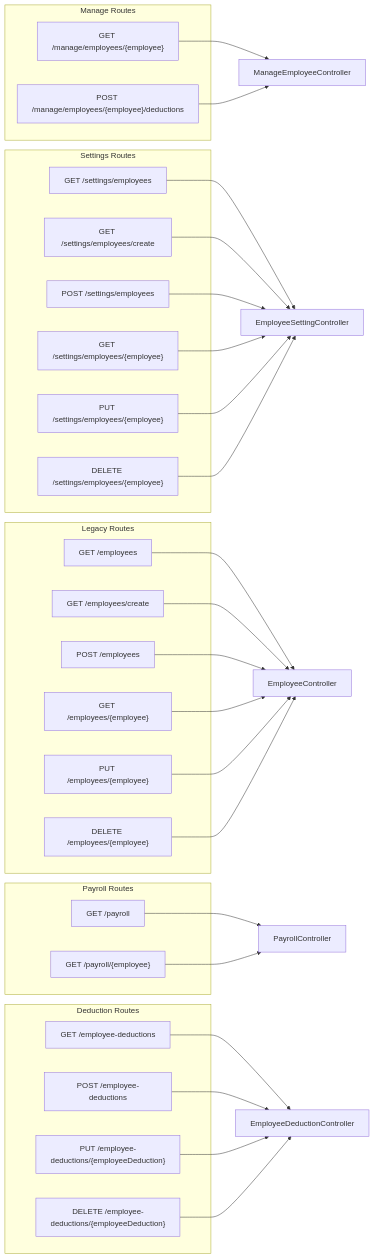
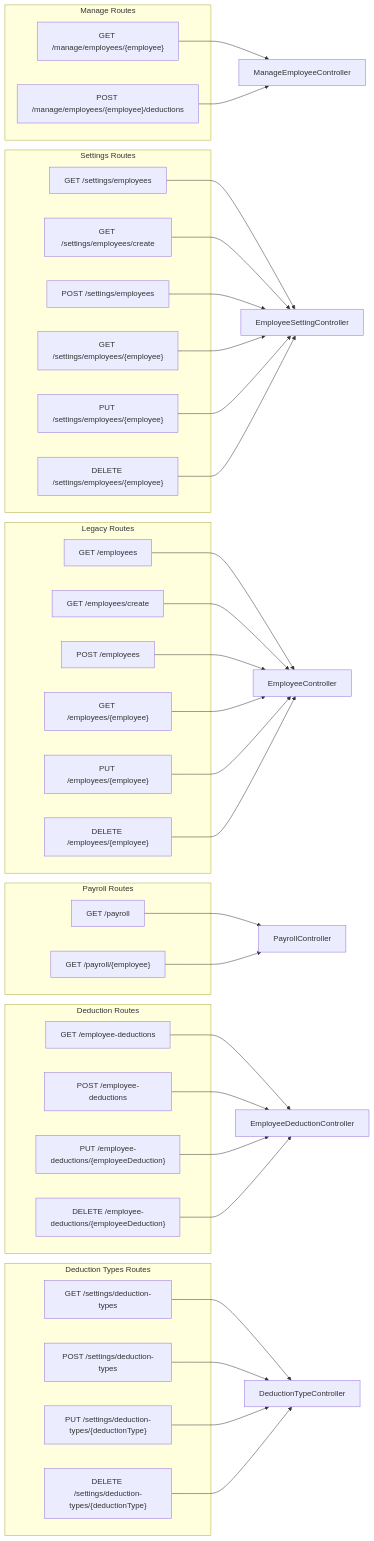
Before and after one commit to vincet0t15/template: the fifth of 8 diagrams in .qoder/repowiki/en/content/Employee Management/Employee Management.md, drawn with Mermaid. The commit also changed other lines of this file and 13 other files, not shown here.

````diff
--- a/.qoder/repowiki/en/content/Employee Management/Employee Management.md
+++ b/.qoder/repowiki/en/content/Employee Management/Employee Management.md
@@ -377,53 +385,63 @@
 ```mermaid
 graph LR
 subgraph "Manage Routes"
 M_Index["GET /manage/employees/{employee}"]
 M_Deductions["POST /manage/employees/{employee}/deductions"]
 end
 subgraph "Settings Routes"
 S_Index["GET /settings/employees"]
 S_Create["GET /settings/employees/create"]
 S_Store["POST /settings/employees"]
 S_Show["GET /settings/employees/{employee}"]
 S_Update["PUT /settings/employees/{employee}"]
 S_Destroy["DELETE /settings/employees/{employee}"]
 end
 subgraph "Legacy Routes"
 L_Index["GET /employees"]
 L_Create["GET /employees/create"]
 L_Store["POST /employees"]
 L_Show["GET /employees/{employee}"]
 L_Update["PUT /employees/{employee}"]
 L_Destroy["DELETE /employees/{employee}"]
 end
 subgraph "Payroll Routes"
 P_Index["GET /payroll"]
 P_Show["GET /payroll/{employee}"]
 end
 subgraph "Deduction Routes"
 D_Index["GET /employee-deductions"]
 D_Store["POST /employee-deductions"]
 D_Update["PUT /employee-deductions/{employeeDeduction}"]
 D_Destroy["DELETE /employee-deductions/{employeeDeduction}"]
 end
+subgraph "Deduction Types Routes"
+DT_Index["GET /settings/deduction-types"]
+DT_Store["POST /settings/deduction-types"]
+DT_Update["PUT /settings/deduction-types/{deductionType}"]
+DT_Destroy["DELETE /settings/deduction-types/{deductionType}"]
+end
 M_Index --> ManageEmployeeController
 M_Deductions --> ManageEmployeeController
 S_Index --> EmployeeSettingController
 S_Create --> EmployeeSettingController
 S_Store --> EmployeeSettingController
 S_Show --> EmployeeSettingController
 S_Update --> EmployeeSettingController
 S_Destroy --> EmployeeSettingController
 L_Index --> EmployeeController
 L_Create --> EmployeeController
 L_Store --> EmployeeController
 L_Show --> EmployeeController
 L_Update --> EmployeeController
 L_Destroy --> EmployeeController
 P_Index --> PayrollController
 P_Show --> PayrollController
 D_Index --> EmployeeDeductionController
 D_Store --> EmployeeDeductionController
 D_Update --> EmployeeDeductionController
 D_Destroy --> EmployeeDeductionController
+DT_Index --> DeductionTypeController
+DT_Store --> DeductionTypeController
+DT_Update --> DeductionTypeController
+DT_Destroy --> DeductionTypeController
 ```
````
